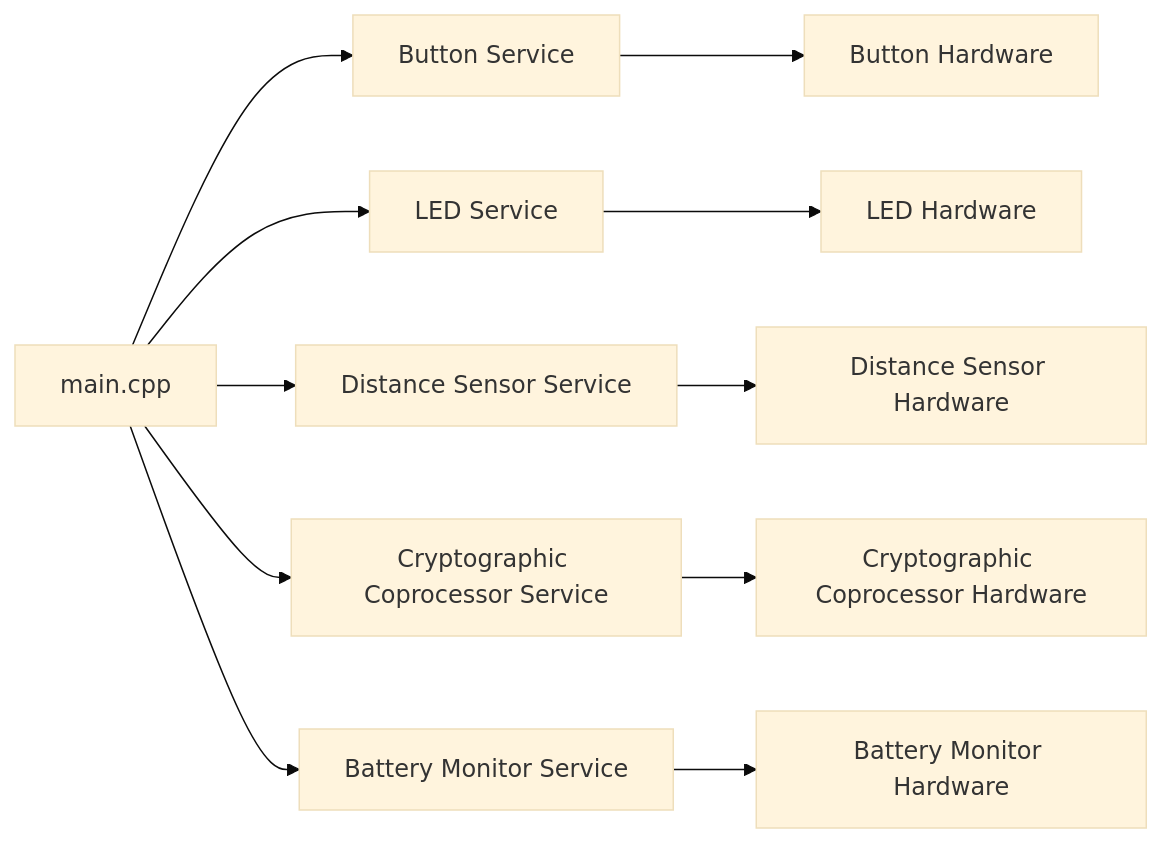
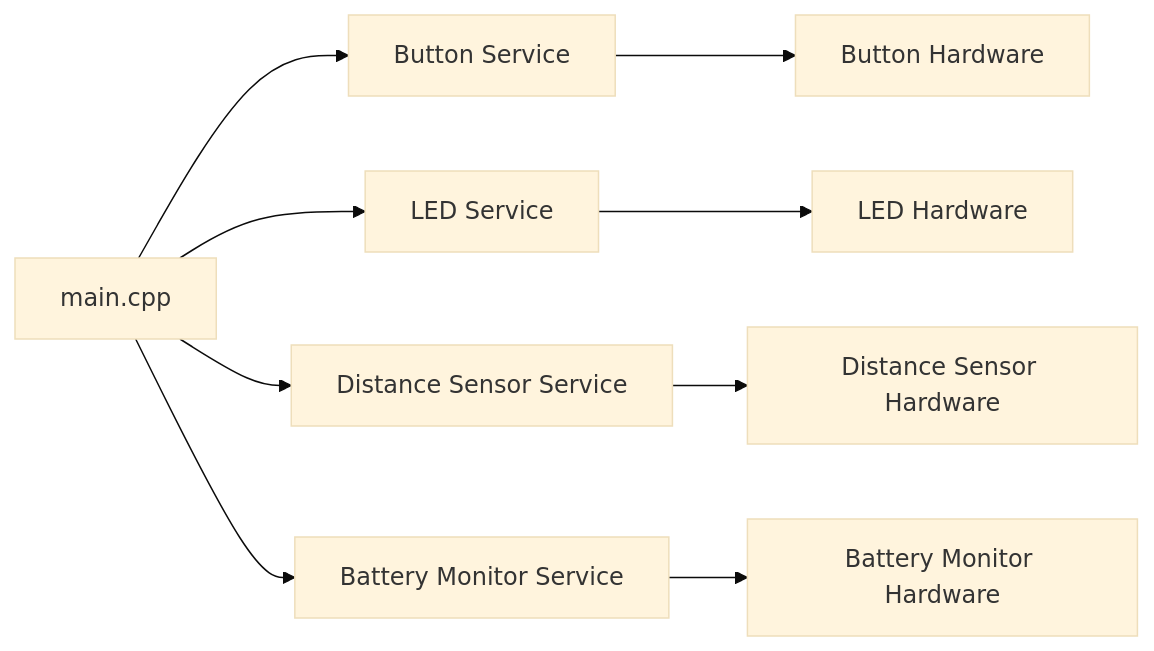
Before and after one commit to Toglefritz/Brine: the diagram in brine_firmware/README.md, drawn with Mermaid (base theme). The commit also changed other lines of this file and 12 other files, not shown here.

Commit message:
Removed cryptographic coprocessor :wave:

````diff
--- a/brine_firmware/README.md
+++ b/brine_firmware/README.md
@@ -35,13 +33,11 @@
 ```mermaid
 graph LR
     A[main.cpp] --> B[Button Service]
     A --> C[LED Service]
     A --> D[Distance Sensor Service]
-    A --> E[Cryptographic Coprocessor Service]
     A --> F[Battery Monitor Service]
     B --> G[Button Hardware]
     C --> H[LED Hardware]
     D --> I[Distance Sensor Hardware]
-    E --> J[Cryptographic Coprocessor Hardware]
     F --> K[Battery Monitor Hardware]
 ```
````
